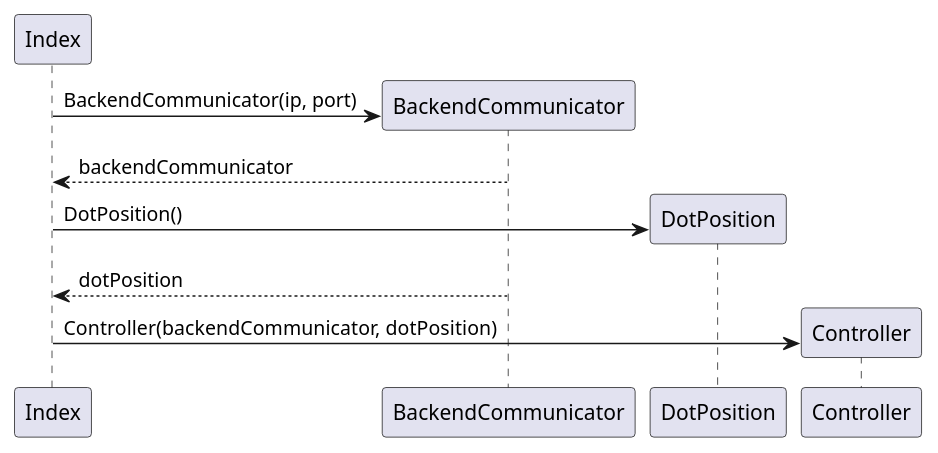
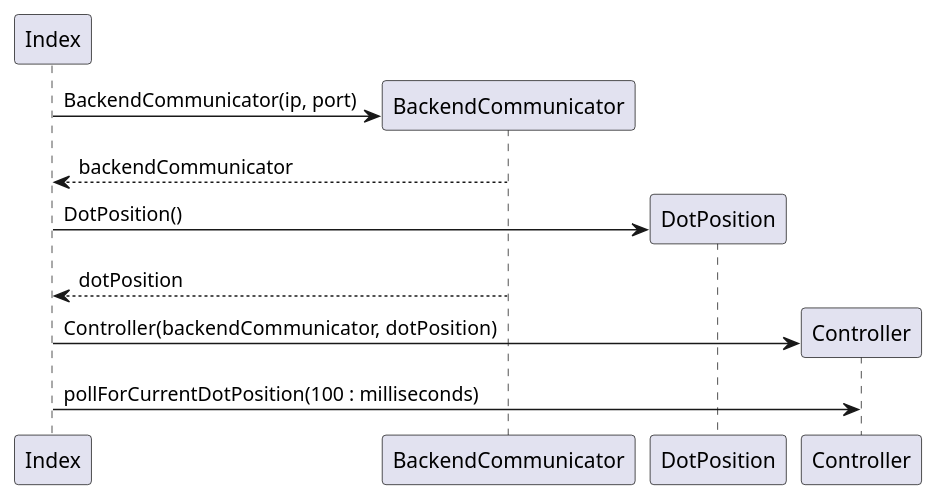
The diagram in documentation/frontend/startup.puml (siavashhanifi/move-dot), drawn with PlantUML before and after one commit. The commit also changed 8 other files, not shown here.

```diff
--- a/documentation/frontend/startup.puml
+++ b/documentation/frontend/startup.puml
@@ -1,12 +1,12 @@
 @startuml
 
 Index -> BackendCommunicator**: BackendCommunicator(ip, port)
 Index <-- BackendCommunicator:  backendCommunicator
 
 Index -> DotPosition**: DotPosition()
 Index <-- BackendCommunicator: dotPosition
 
 Index -> Controller**: Controller(backendCommunicator, dotPosition)
-
+Index -> Controller: pollForCurrentDotPosition(100 : milliseconds)
 
 @enduml
```
